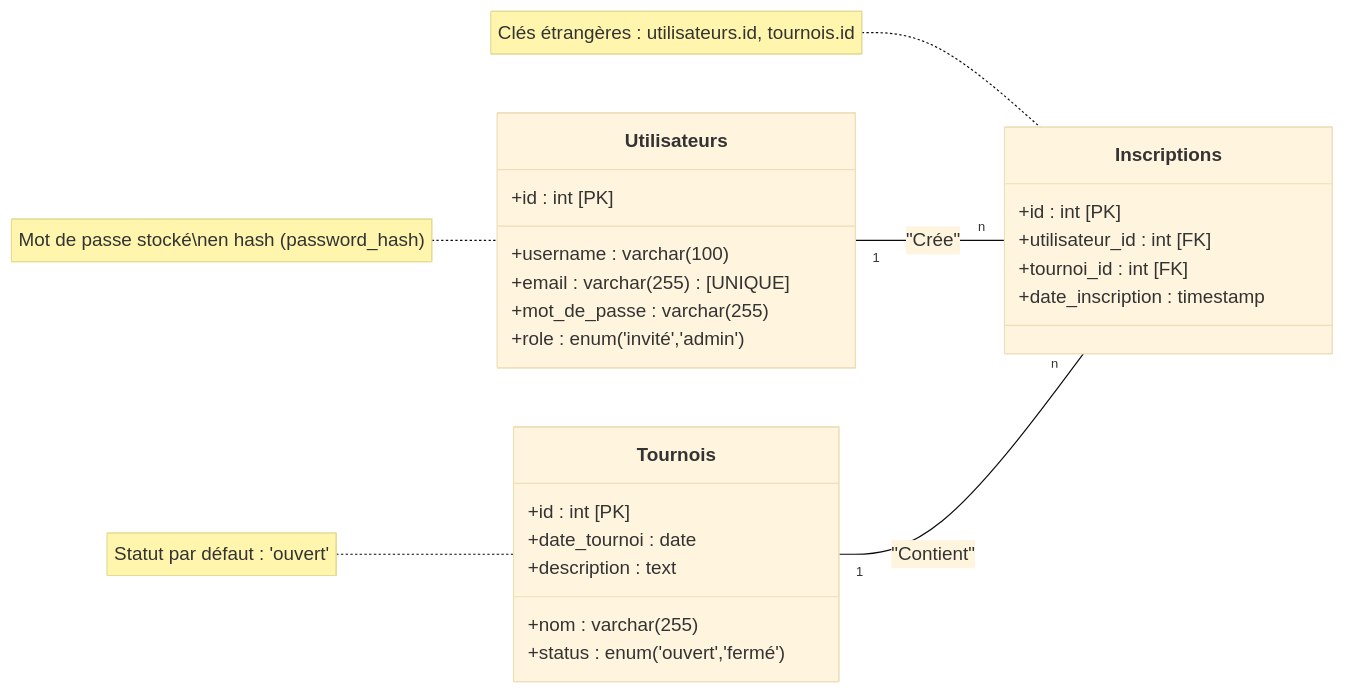
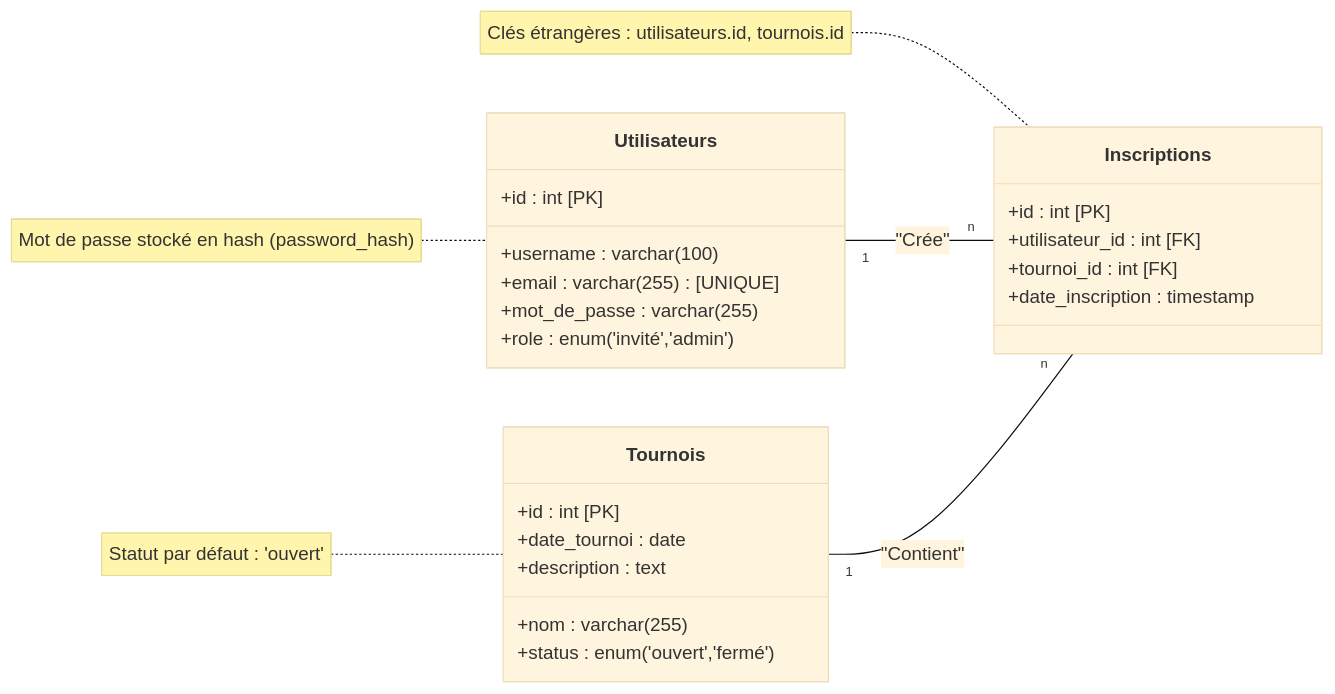
The diagram in README.md (eLux-info/AP1), drawn with Mermaid (base theme) before and after one commit. The commit also changed other lines of this file, not shown here.

````diff
--- a/README.md
+++ b/README.md
@@ -93,34 +95,34 @@
 ```mermaid
 classDiagram
 direction LR
     class Utilisateurs {
 	    +id : int [PK]
 	    +username : varchar(100)
 	    +email : varchar(255) [UNIQUE]
 	    +mot_de_passe : varchar(255)
 	    +role : enum('invité','admin')
     }
 
     class Tournois {
 	    +id : int [PK]
 	    +date_tournoi : date
 	    +description : text
 	    +nom : varchar(255)
 	    +status : enum('ouvert','fermé')
     }
 
     class Inscriptions {
 	    +id : int [PK]
 	    +utilisateur_id : int [FK]
 	    +tournoi_id : int [FK]
 	    +date_inscription : timestamp
     }
 
 	note for Inscriptions "Clés étrangères : utilisateurs.id, tournois.id"
-	note for Utilisateurs "Mot de passe stocké\nen hash (password_hash)"
+	note for Utilisateurs "Mot de passe stocké en hash (password_hash)"
 	note for Tournois "Statut par défaut : 'ouvert'"
 
     Utilisateurs "1" -- "n" Inscriptions : "Crée"
     Tournois "1" -- "n" Inscriptions : "Contient"
     Tournois
 ```
````
